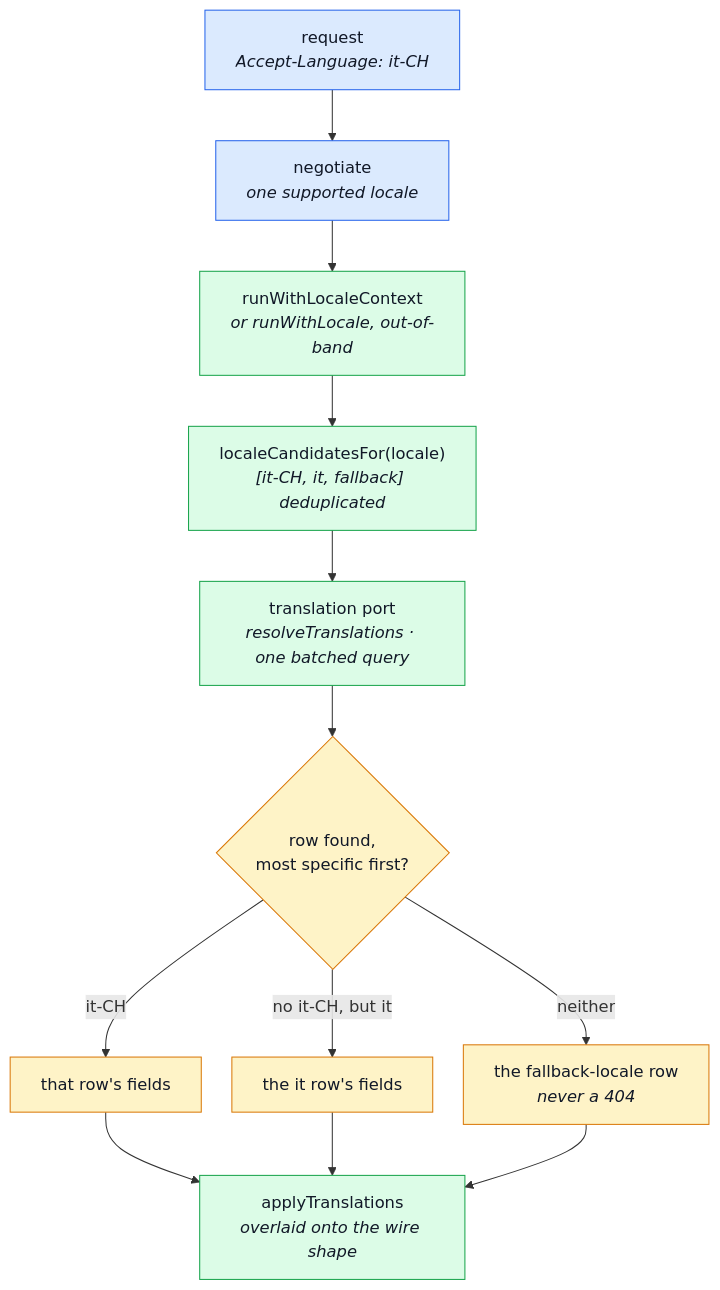
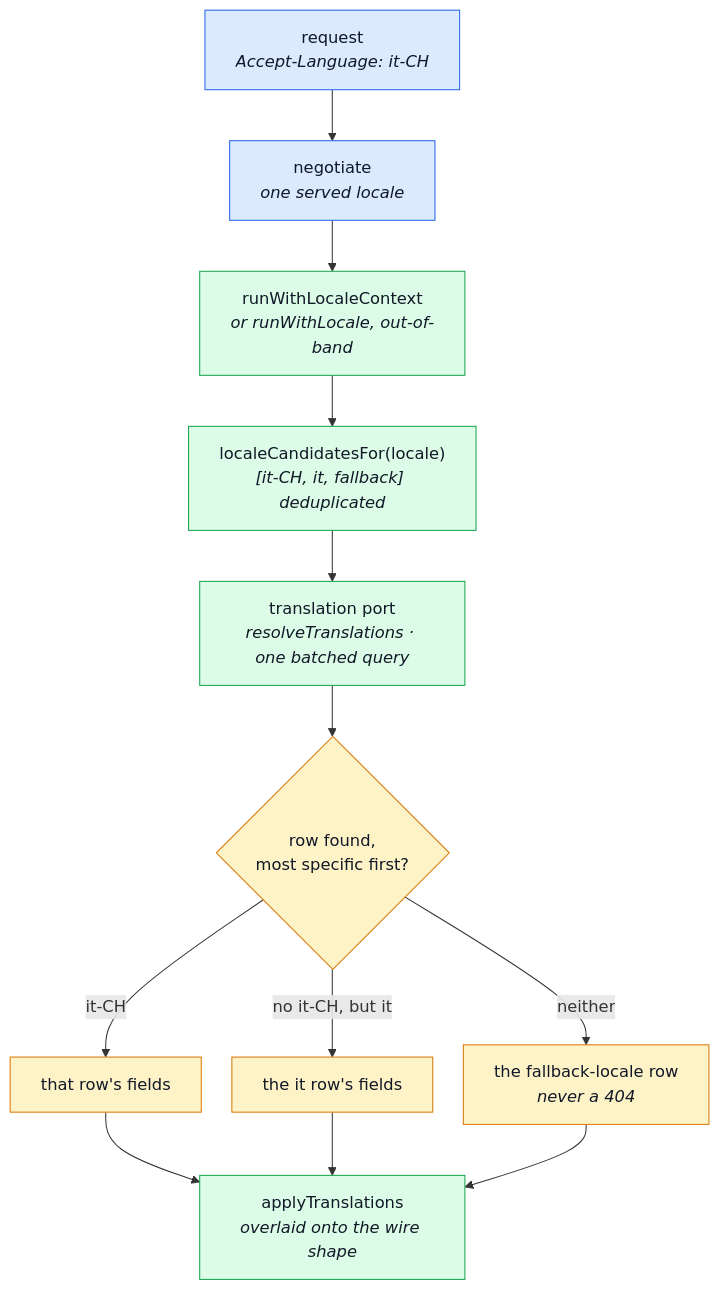
One commit to Guebbit/boilerplate-node-backend changed the third of 4 diagrams in docs/tools/i18n.md. Above: the diagram before and after it, drawn with Mermaid. The commit also changed other lines of this file and 30 other files, not shown here.

````diff
--- a/docs/tools/i18n.md
+++ b/docs/tools/i18n.md
@@ -149,22 +205,22 @@
 ```mermaid
 %%{init: {'flowchart': {'nodeSpacing': 30, 'rankSpacing': 50}}}%%
 flowchart TD
-    REQ["request<br/><i>Accept-Language: it-CH</i>"] --> NEG["negotiate<br/><i>one supported locale</i>"]
+    REQ["request<br/><i>Accept-Language: it-CH</i>"] --> NEG["negotiate<br/><i>one served locale</i>"]
     NEG --> ALS["runWithLocaleContext<br/><i>or runWithLocale, out-of-band</i>"]
     ALS --> CAND["localeCandidatesFor(locale)<br/><i>[it-CH, it, fallback] deduplicated</i>"]
     CAND --> PORT["translation port<br/><i>resolveTranslations · one batched query</i>"]
     PORT --> Q{"row found,<br/>most specific first?"}
     Q -->|"it-CH"| R1["that row's fields"]
     Q -->|"no it-CH, but it"| R2["the it row's fields"]
     Q -->|"neither"| R3["the fallback-locale row<br/><i>never a 404</i>"]
     R1 --> OUT["applyTranslations<br/><i>overlaid onto the wire shape</i>"]
     R2 --> OUT
     R3 --> OUT
 
     classDef req fill:#dbeafe,stroke:#2563eb,color:#111827;
     classDef step fill:#dcfce7,stroke:#16a34a,color:#111827;
     classDef fallback fill:#fef3c7,stroke:#d97706,color:#111827;
     class REQ,NEG req;
     class ALS,CAND,PORT,OUT step;
     class Q,R1,R2,R3 fallback;
 ```
````
